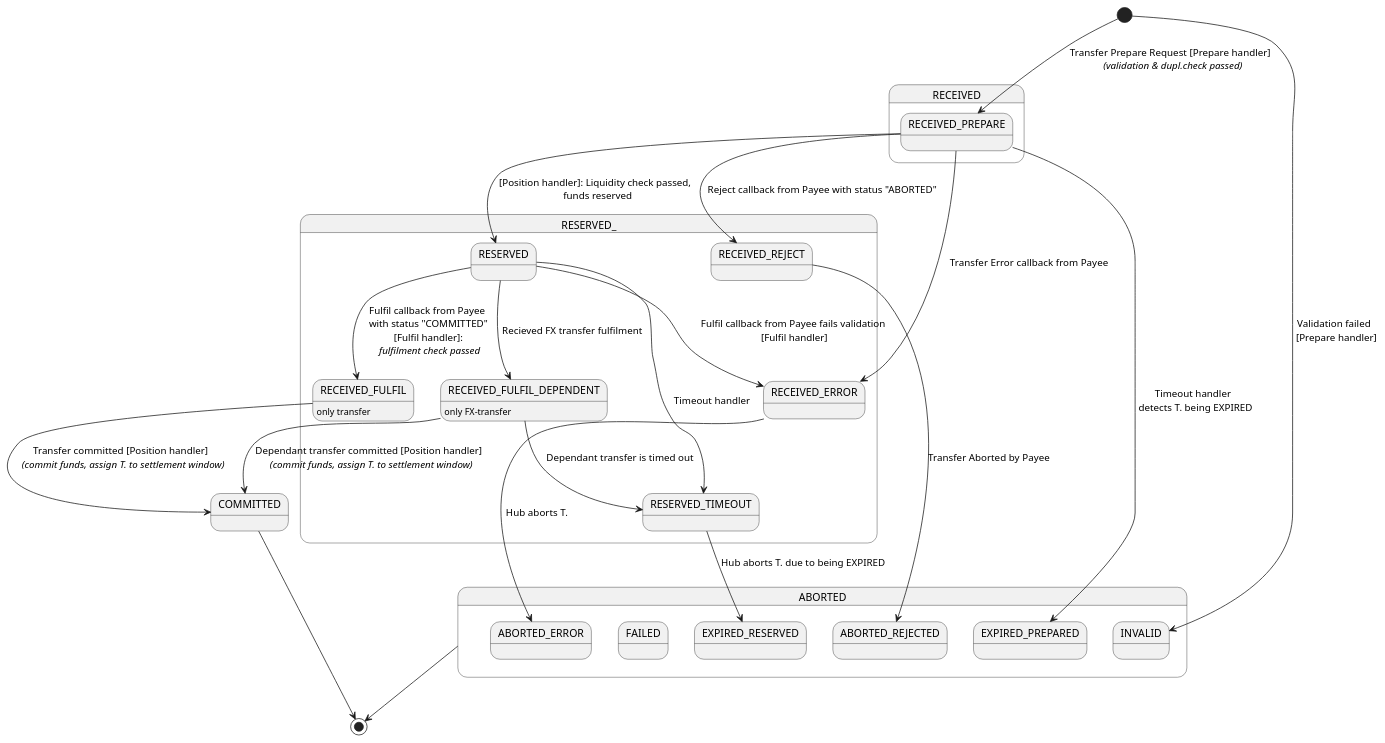
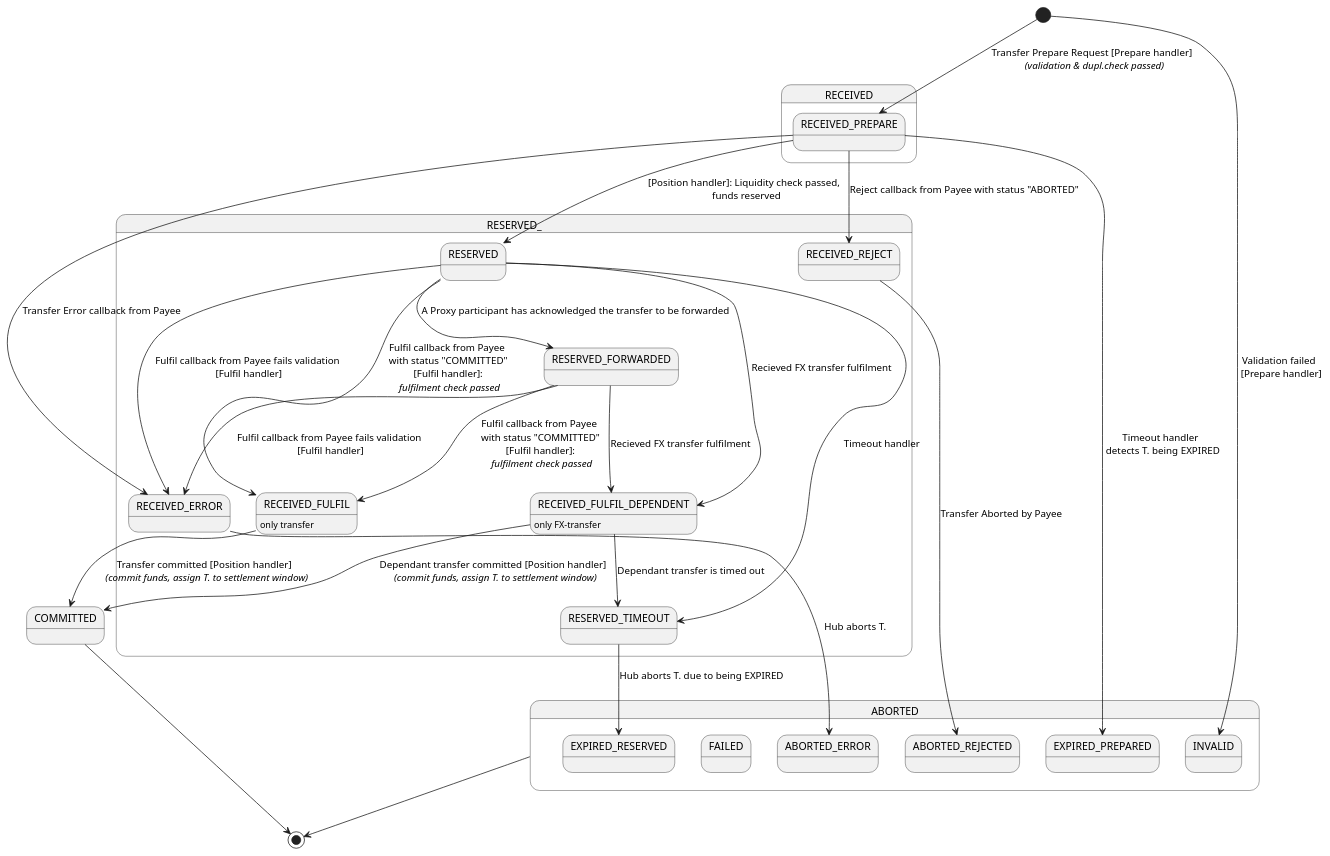
Before and after one commit to mojaloop/central-ledger: the diagram in documentation/state-diagrams/transfer-internal-states.plantuml, drawn with PlantUML. The commit also changed 16 other files, not shown here.

```diff
--- a/documentation/state-diagrams/transfer-internal-states.plantuml
+++ b/documentation/state-diagrams/transfer-internal-states.plantuml
@@ -1,68 +1,75 @@
 @startuml
 
 state RECEIVED {
   state RECEIVED_PREPARE {
   }
 }
 
 state RESERVED_ {
   state RESERVED {
+  }
+  state RESERVED_FORWARDED {
   }
   state RECEIVED_FULFIL {
   }
   state RECEIVED_FULFIL_DEPENDENT {
   }
   state RESERVED_TIMEOUT {
   }
   state RECEIVED_REJECT {
   }
   state RECEIVED_ERROR {
   }
 }
 
 state COMMITTED {
 }
 
 state ABORTED {
   state ABORTED_ERROR {
   }
   state ABORTED_REJECTED {
   }
   state EXPIRED_PREPARED {
   }
   state EXPIRED_RESERVED {
   }
   state FAILED {
   }
   state INVALID {
   }
 }
 
 RECEIVED_FULFIL_DEPENDENT : only FX-transfer
 RECEIVED_FULFIL : only transfer
 
 [*] --> RECEIVED_PREPARE : Transfer Prepare Request [Prepare handler] \n <i>(validation & dupl.check passed)</i>
 [*] --> INVALID : Validation failed \n [Prepare handler]
 RECEIVED_PREPARE --> RESERVED : [Position handler]: Liquidity check passed, \n funds reserved
 RECEIVED_PREPARE --> RECEIVED_REJECT : Reject callback from Payee with status "ABORTED"
 RECEIVED_PREPARE --> RECEIVED_ERROR : Transfer Error callback from Payee
 
 RECEIVED_FULFIL --> COMMITTED : Transfer committed [Position handler] \n <i>(commit funds, assign T. to settlement window)</i>
-
 RECEIVED_REJECT --> ABORTED_REJECTED : Transfer Aborted by Payee
 RECEIVED_ERROR --> ABORTED_ERROR : Hub aborts T.
 RECEIVED_PREPARE --> EXPIRED_PREPARED : Timeout handler \n detects T. being EXPIRED
 
 RESERVED --> RECEIVED_FULFIL : Fulfil callback from Payee \n with status "COMMITTED" \n [Fulfil handler]: \n <i>fulfilment check passed</i>
 RESERVED --> RECEIVED_ERROR : Fulfil callback from Payee fails validation\n [Fulfil handler]
+RESERVED --> RECEIVED_FULFIL_DEPENDENT : Recieved FX transfer fulfilment
+RESERVED --> RESERVED_FORWARDED : A Proxy participant has acknowledged the transfer to be forwarded
 RESERVED --> RESERVED_TIMEOUT : Timeout handler
-RESERVED_TIMEOUT --> EXPIRED_RESERVED : Hub aborts T. due to being EXPIRED
 
-RESERVED --> RECEIVED_FULFIL_DEPENDENT : Recieved FX transfer fulfilment
+RESERVED_FORWARDED --> RECEIVED_FULFIL : Fulfil callback from Payee \n with status "COMMITTED" \n [Fulfil handler]: \n <i>fulfilment check passed</i>
+RESERVED_FORWARDED --> RECEIVED_ERROR : Fulfil callback from Payee fails validation\n [Fulfil handler]
+RESERVED_FORWARDED --> RECEIVED_FULFIL_DEPENDENT : Recieved FX transfer fulfilment
+
 RECEIVED_FULFIL_DEPENDENT --> COMMITTED : Dependant transfer committed [Position handler] \n <i>(commit funds, assign T. to settlement window)</i>
 RECEIVED_FULFIL_DEPENDENT --> RESERVED_TIMEOUT : Dependant transfer is timed out
+
+RESERVED_TIMEOUT --> EXPIRED_RESERVED : Hub aborts T. due to being EXPIRED
 
 COMMITTED --> [*]
 ABORTED --> [*]
 
 @enduml
```
